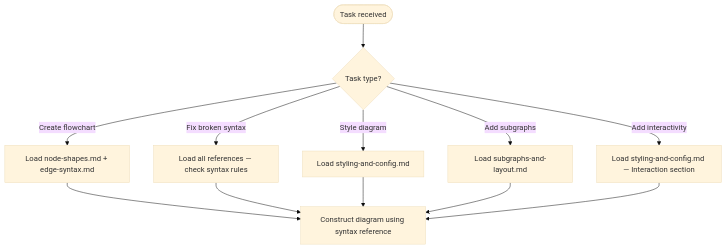
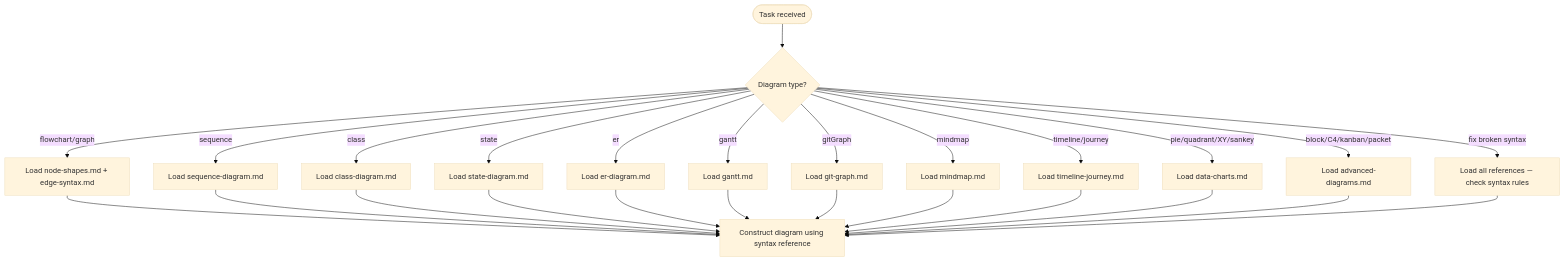
The second of 2 diagrams in plugins/process-siren/skills/mermaids-treasure/SKILL.md (chgreer1070/claude_skills), drawn with Mermaid (base theme) before and after one commit. The commit also changed other lines of this file and 2 other files, not shown here.

First line of the commit message:
feat(mermaids-treasure): expand SKILL.md scope to all Mermaid diagram types

````diff
--- a/plugins/process-siren/skills/mermaids-treasure/SKILL.md
+++ b/plugins/process-siren/skills/mermaids-treasure/SKILL.md
@@ -68,14 +70,28 @@
 ```mermaid
 flowchart TD
-    Start([Task received]) --> Q1{Task type?}
-    Q1 -->|Create flowchart| Build[Load node-shapes.md + edge-syntax.md]
-    Q1 -->|Fix broken syntax| Debug[Load all references — check syntax rules]
-    Q1 -->|Style diagram| Style[Load styling-and-config.md]
-    Q1 -->|Add subgraphs| Sub[Load subgraphs-and-layout.md]
-    Q1 -->|Add interactivity| Inter[Load styling-and-config.md — Interaction section]
-    Build --> Construct[Construct diagram using syntax reference]
+    Start([Task received]) --> Q1{Diagram type?}
+    Q1 -->|flowchart/graph| FC[Load node-shapes.md + edge-syntax.md]
+    Q1 -->|sequence| SEQ[Load sequence-diagram.md]
+    Q1 -->|class| CLS[Load class-diagram.md]
+    Q1 -->|state| ST[Load state-diagram.md]
+    Q1 -->|er| ER[Load er-diagram.md]
+    Q1 -->|gantt| GNT[Load gantt.md]
+    Q1 -->|gitGraph| GIT[Load git-graph.md]
+    Q1 -->|mindmap| MM[Load mindmap.md]
+    Q1 -->|timeline/journey| TL[Load timeline-journey.md]
+    Q1 -->|pie/quadrant/XY/sankey| DC[Load data-charts.md]
+    Q1 -->|block/C4/kanban/packet| ADV[Load advanced-diagrams.md]
+    Q1 -->|fix broken syntax| Debug[Load all references — check syntax rules]
+    FC --> Construct[Construct diagram using syntax reference]
+    SEQ --> Construct
+    CLS --> Construct
+    ST --> Construct
+    ER --> Construct
+    GNT --> Construct
+    GIT --> Construct
+    MM --> Construct
+    TL --> Construct
+    DC --> Construct
+    ADV --> Construct
     Debug --> Construct
-    Style --> Construct
-    Sub --> Construct
-    Inter --> Construct
 ```
````
